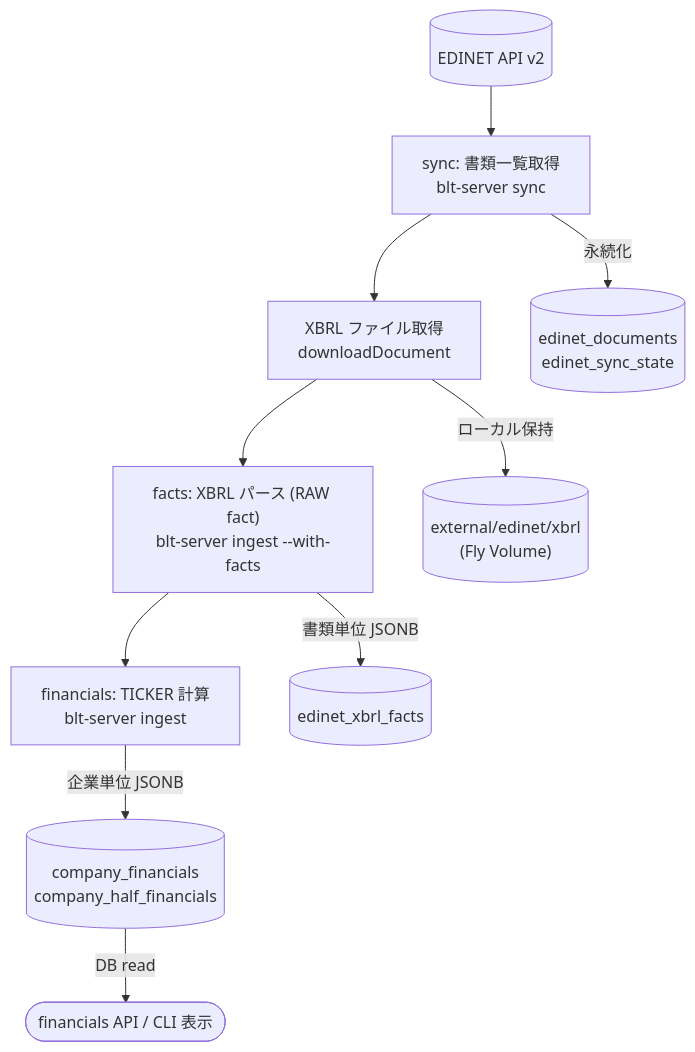
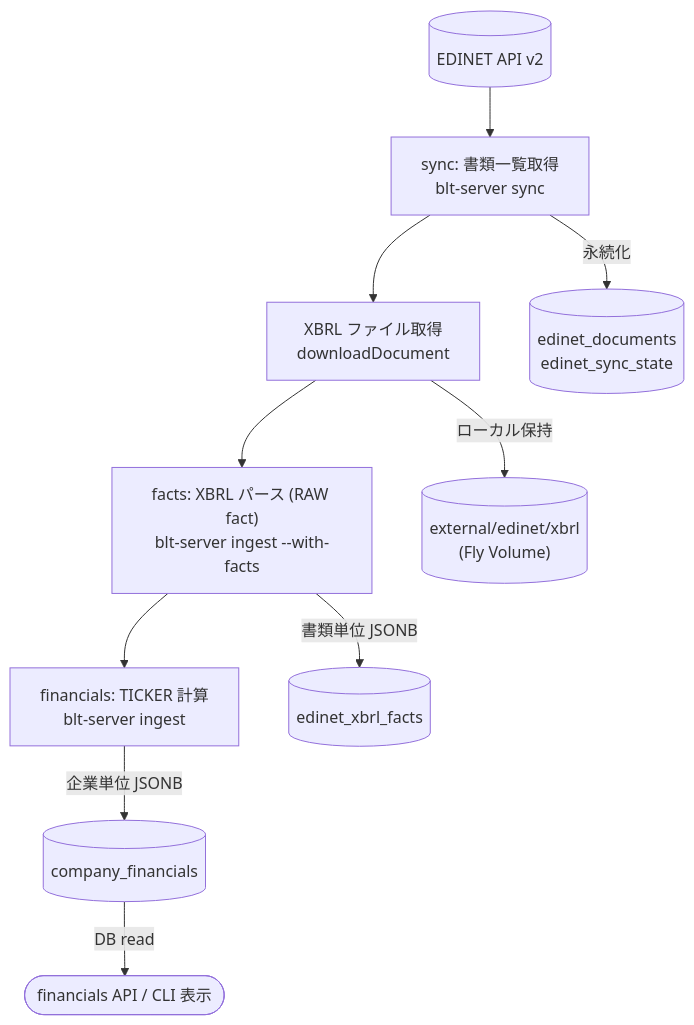
The third of 4 diagrams in docs/architecture.md (sollahiro/blue-ticker), drawn with Mermaid before and after one commit. The commit also changed other lines of this file and 73 other files, not shown here.

````diff
--- a/docs/architecture.md
+++ b/docs/architecture.md
@@ -132,15 +131,15 @@
 ```mermaid
 flowchart TD
     edinet[("EDINET API v2")]
     s1["sync: 書類一覧取得<br/>blt-server sync"]
     s2["XBRL ファイル取得<br/>downloadDocument"]
     s3["facts: XBRL パース (RAW fact)<br/>blt-server ingest --with-facts"]
     s4["financials: TICKER 計算<br/>blt-server ingest"]
 
     edinet --> s1 --> s2 --> s3 --> s4
     s1 -->|永続化| db1[("edinet_documents<br/>edinet_sync_state")]
     s2 -->|ローカル保持| fs[("external/edinet/xbrl<br/>(Fly Volume)")]
     s3 -->|書類単位 JSONB| db3[("edinet_xbrl_facts")]
-    s4 -->|企業単位 JSONB| db4[("company_financials<br/>company_half_financials")]
+    s4 -->|企業単位 JSONB| db4[("company_financials")]
     db4 -->|DB read| out(["financials API / CLI 表示"])
 ```
````
